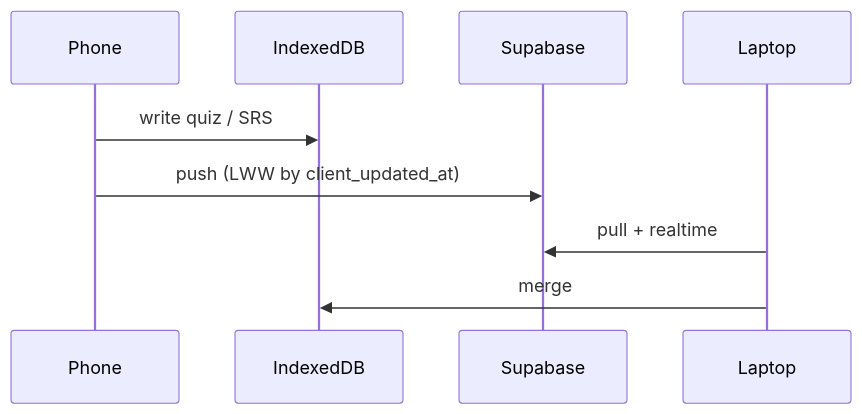
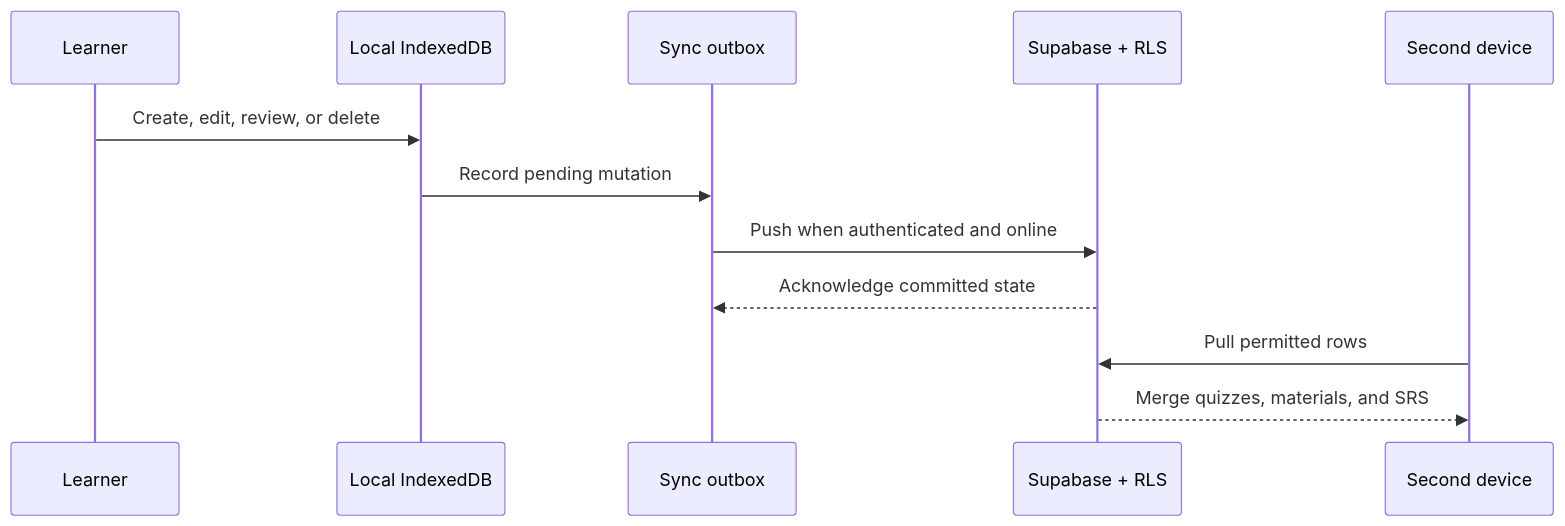
One commit to SeraKah-1/noodl changed the fifth of 5 diagrams in README.md. Above: the diagram before and after it, drawn with Mermaid. The commit also changed other lines of this file and 67 other files, not shown here.

````diff
--- a/README.md
+++ b/README.md
@@ -274,11 +207,15 @@
 ```mermaid
 sequenceDiagram
-  participant Phone
-  participant IDB as IndexedDB
-  participant SB as Supabase
-  participant Laptop
-  Phone->>IDB: write quiz / SRS
-  Phone->>SB: push (LWW by client_updated_at)
-  Laptop->>SB: pull + realtime
-  Laptop->>IDB: merge
+    participant U as Learner
+    participant L as Local IndexedDB
+    participant O as Sync outbox
+    participant S as Supabase + RLS
+    participant D as Second device
+
+    U->>L: Create, edit, review, or delete
+    L->>O: Record pending mutation
+    O->>S: Push when authenticated and online
+    S-->>O: Acknowledge committed state
+    D->>S: Pull permitted rows
+    S-->>D: Merge quizzes, materials, and SRS
 ```
````
